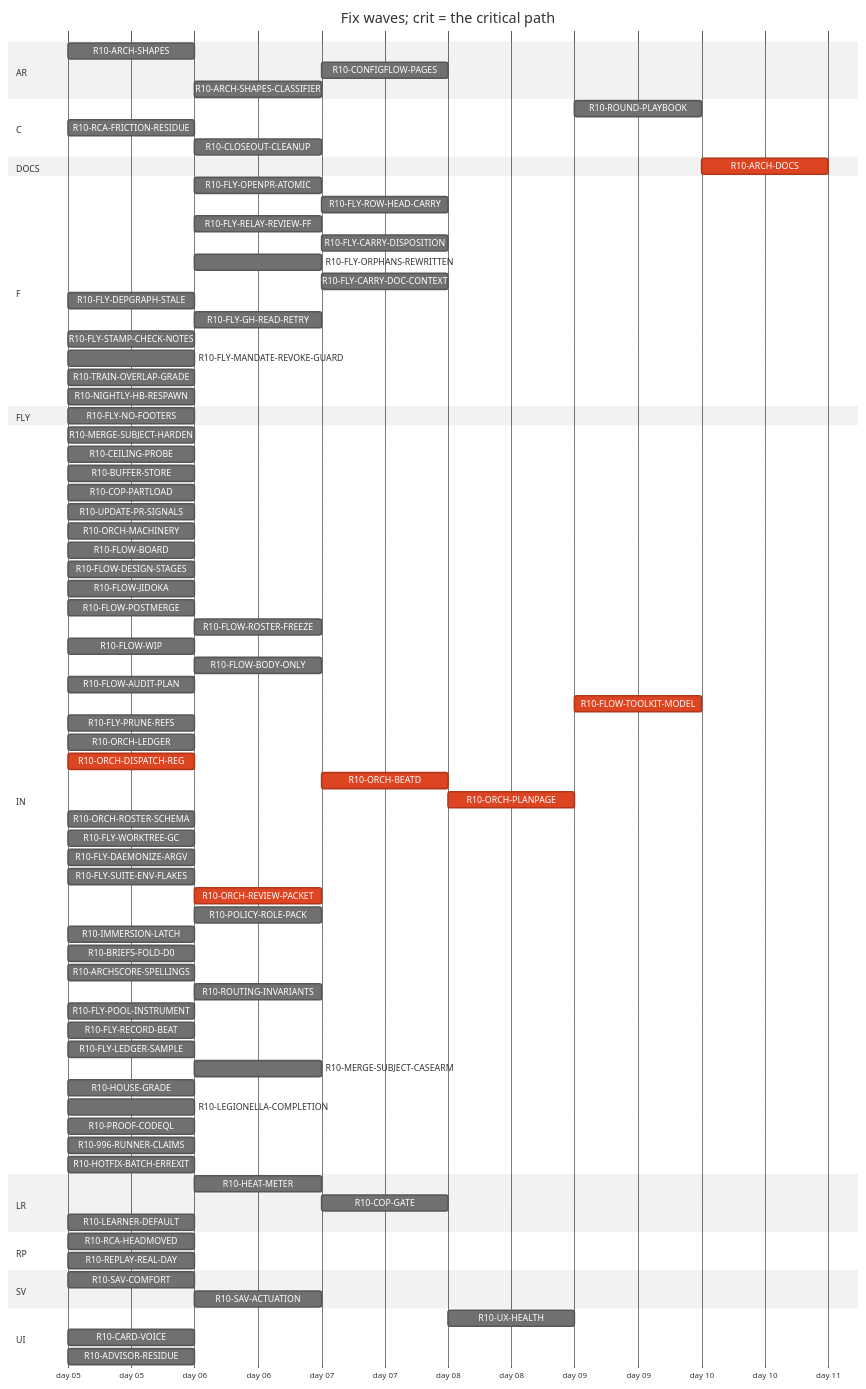
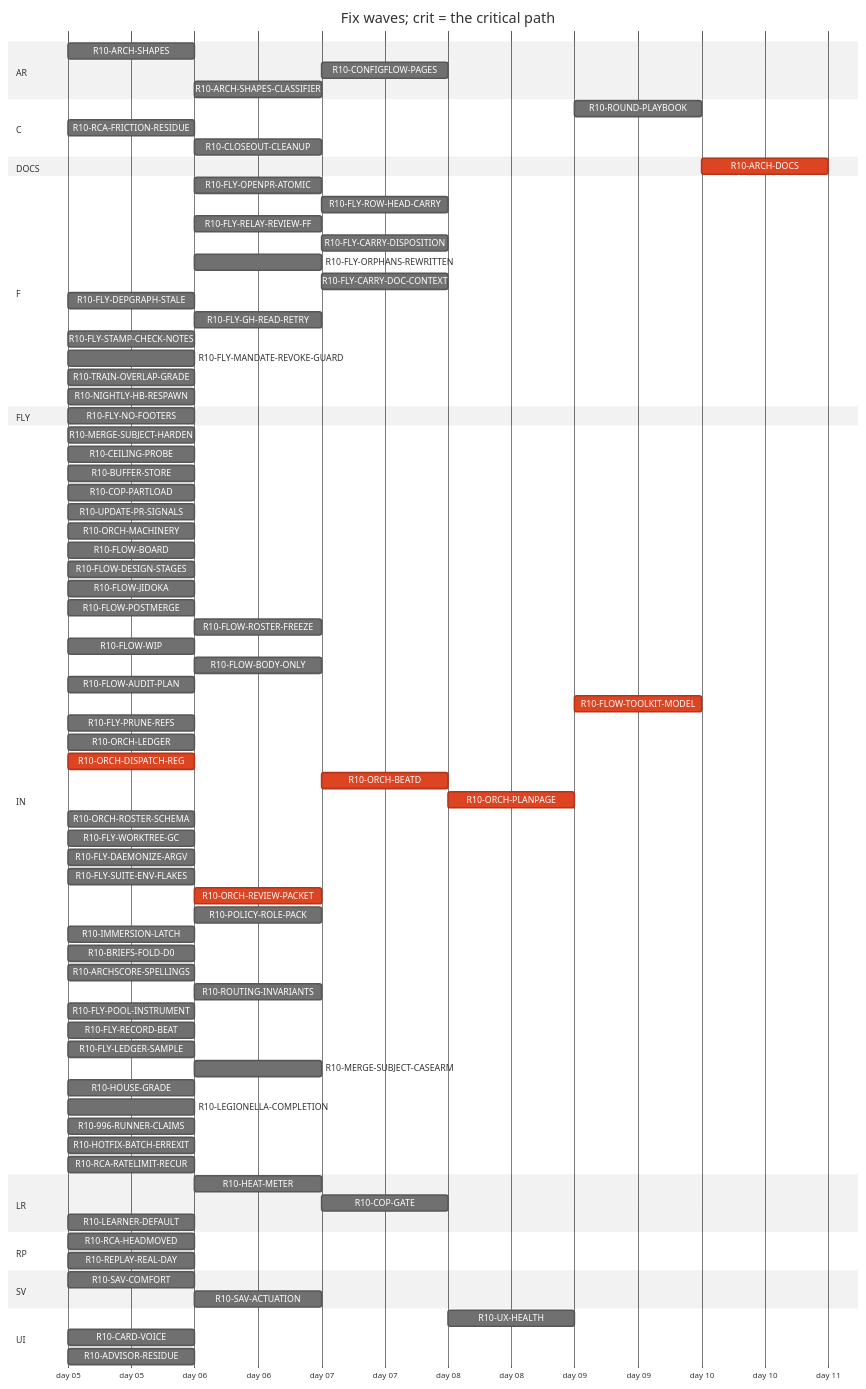
The diagram in handoff/round10/state/PLAN-TABLE.md (tvofi/heatpump_optimizer), drawn with Mermaid (neutral theme) before and after one commit. The commit also changed other lines of this file and 2 other files, not shown here.

```diff
--- a/handoff/round10/state/PLAN-TABLE.md
+++ b/handoff/round10/state/PLAN-TABLE.md
@@ -87,9 +87,9 @@
     R10-MERGE-SUBJECT-CASEARM :r10MERGESUBJECTCASEARM, after r10MERGESUBJECTHARDEN, 1d
     R10-HOUSE-GRADE :r10HOUSEGRADE, 2026-01-05, 1d
     R10-LEGIONELLA-COMPLETION :r10LEGIONELLACOMPLETION, 2026-01-05, 1d
-    R10-PROOF-CODEQL :r10PROOFCODEQL, 2026-01-05, 1d
     R10-996-RUNNER-CLAIMS :r10996RUNNERCLAIMS, 2026-01-05, 1d
     R10-HOTFIX-BATCH-ERREXIT :r10HOTFIXBATCHERREXIT, 2026-01-05, 1d
+    R10-RCA-RATELIMIT-RECUR :r10RCARATELIMITRECUR, 2026-01-05, 1d
   section LR
     R10-HEAT-METER :r10HEATMETER, after r10ARCHSHAPES, 1d
     R10-COP-GATE :r10COPGATE, after r10HEATMETER, 1d
```
